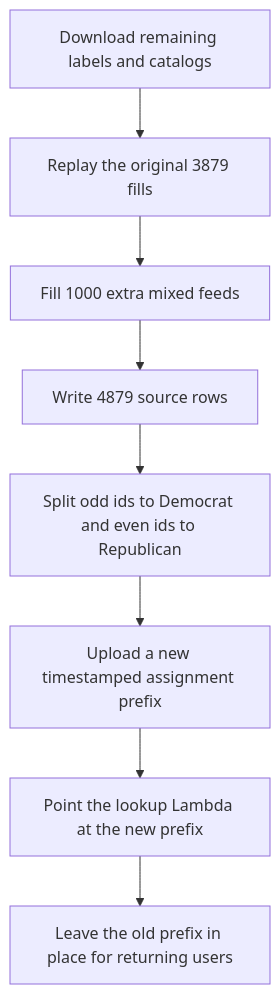
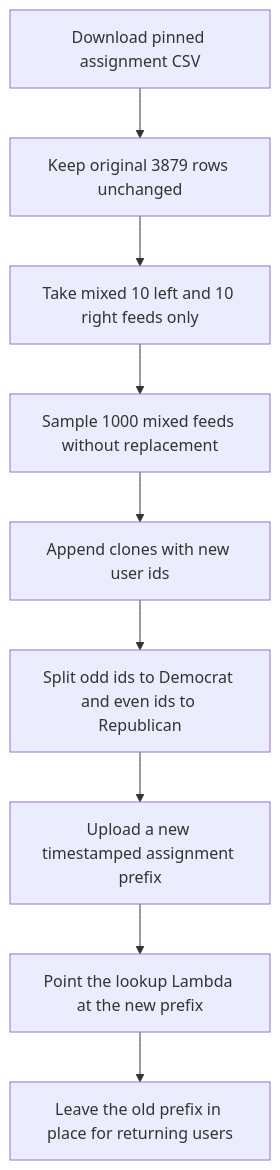
Before and after one commit to METResearchGroup/mirrorView-task: the diagram in docs/plans/2026-09-11_expand_study_user_assignments_f4e3d7/plan.md, drawn with Mermaid. The commit also changed other lines of this file and 2 other files, not shown here.

First line of the commit message:
Rework the issue 287 plan to clone existing mixed feeds.

````diff
--- a/docs/plans/2026-09-11_expand_study_user_assignments_f4e3d7/plan.md
+++ b/docs/plans/2026-09-11_expand_study_user_assignments_f4e3d7/plan.md
@@ -17,10 +17,11 @@
 ```mermaid
 flowchart TD
-    A[Download remaining labels and catalogs] --> B[Replay the original 3879 fills]
-    B --> C[Fill 1000 extra mixed feeds]
-    C --> D[Write 4879 source rows]
-    D --> E[Split odd ids to Democrat and even ids to Republican]
-    E --> F[Upload a new timestamped assignment prefix]
-    F --> G[Point the lookup Lambda at the new prefix]
-    G --> H[Leave the old prefix in place for returning users]
+    A[Download pinned assignment CSV] --> B[Keep original 3879 rows unchanged]
+    B --> C[Take mixed 10 left and 10 right feeds only]
+    C --> D[Sample 1000 mixed feeds without replacement]
+    D --> E[Append clones with new user ids]
+    E --> F[Split odd ids to Democrat and even ids to Republican]
+    F --> G[Upload a new timestamped assignment prefix]
+    G --> H[Point the lookup Lambda at the new prefix]
+    H --> I[Leave the old prefix in place for returning users]
 ```
````
